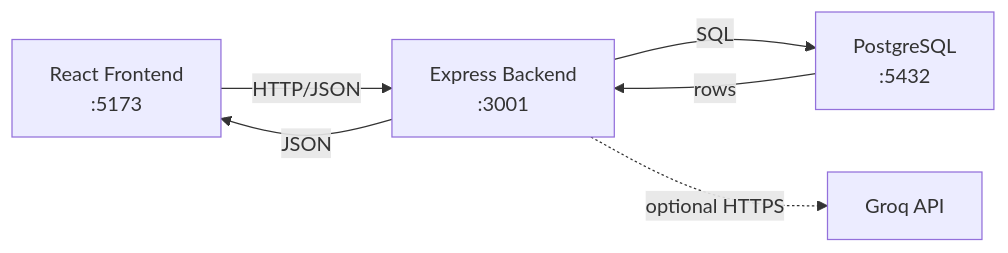
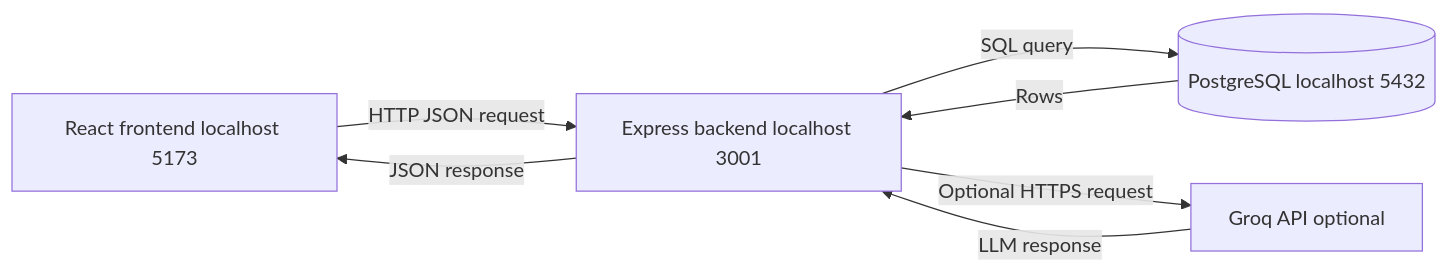
The fourth of 5 diagrams in docs/diagrams/backend-architecture.md (Robertone22/Test-SmartCoach), drawn with Mermaid before and after one commit. The commit also changed other lines of this file and 1 other file, not shown here.

Commit message:
docs: simplify AI workflow and backend architecture diagrams

````diff
--- a/docs/diagrams/backend-architecture.md
+++ b/docs/diagrams/backend-architecture.md
@@ -80,8 +189,14 @@
 ```mermaid
-graph LR
-    Client["React Frontend<br/>:5173"] -->|HTTP/JSON| Backend["Express Backend<br/>:3001"]
-    Backend -->|SQL| PG["PostgreSQL<br/>:5432"]
-    Backend -.->|"optional HTTPS"| Groq["Groq API"]
-    PG -->|rows| Backend
-    Backend -->|JSON| Client
+flowchart LR
+    Frontend["React frontend localhost 5173"]
+    Backend["Express backend localhost 3001"]
+    Database[("PostgreSQL localhost 5432")]
+    Groq["Groq API optional"]
+
+    Frontend -->|"HTTP JSON request"| Backend
+    Backend -->|"SQL query"| Database
+    Database -->|"Rows"| Backend
+    Backend -->|"Optional HTTPS request"| Groq
+    Groq -->|"LLM response"| Backend
+    Backend -->|"JSON response"| Frontend
 ```
````
